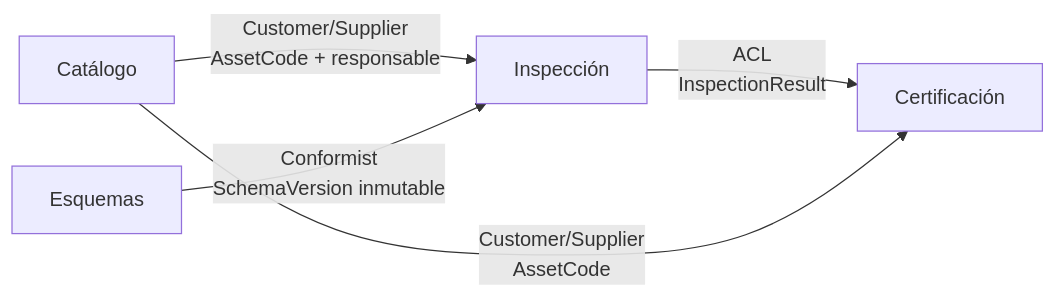
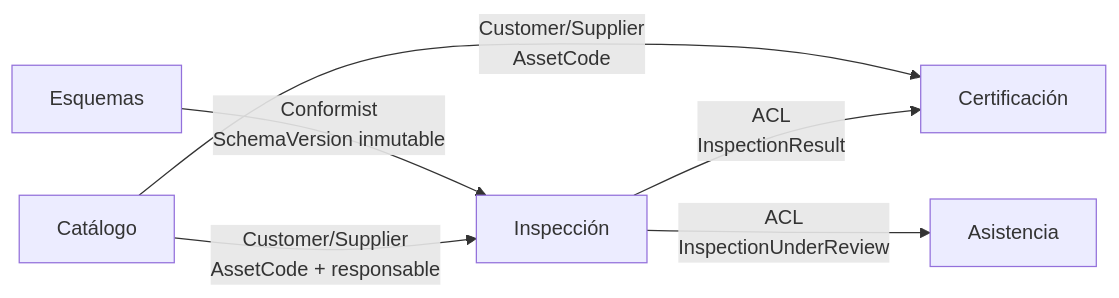
Before and after one commit to ivovila/TP-Integrador-DPS: the first of 2 diagrams in DESIGN.md, drawn with Mermaid. The commit also changed other lines of this file and 3 other files, not shown here.

````diff
--- a/DESIGN.md
+++ b/DESIGN.md
@@ -67,7 +68,8 @@
 ```mermaid
 flowchart LR
     catalog["Catálogo"] -- "Customer/Supplier<br/>AssetCode + responsable" --> inspection["Inspección"]
     schema["Esquemas"] -- "Conformist<br/>SchemaVersion inmutable" --> inspection
     inspection -- "ACL<br/>InspectionResult" --> certification["Certificación"]
     catalog -- "Customer/Supplier<br/>AssetCode" --> certification
+    inspection -- "ACL<br/>InspectionUnderReview" --> assistance["Asistencia"]
 ```
````
